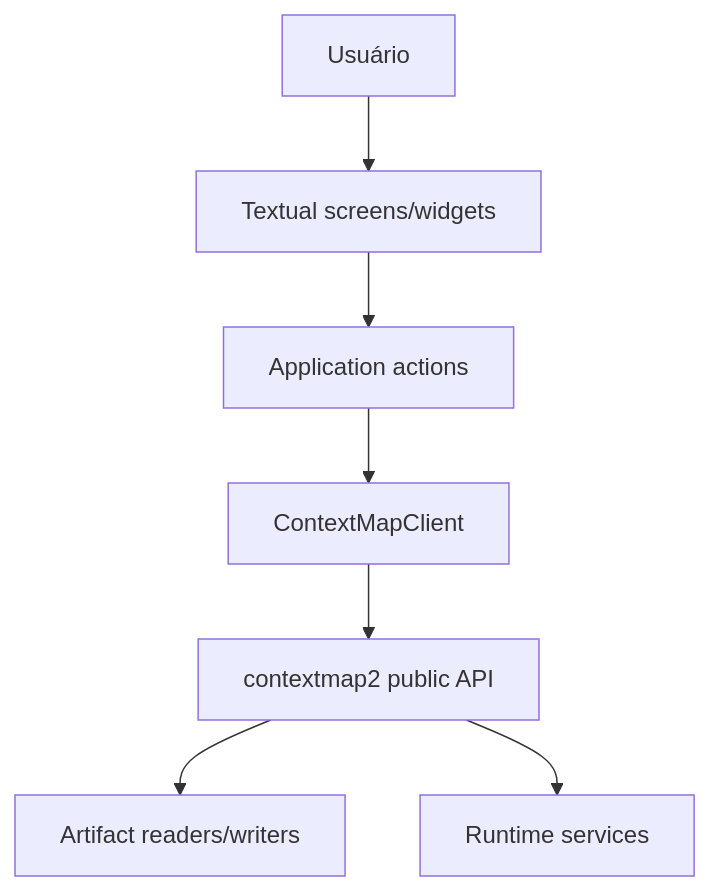
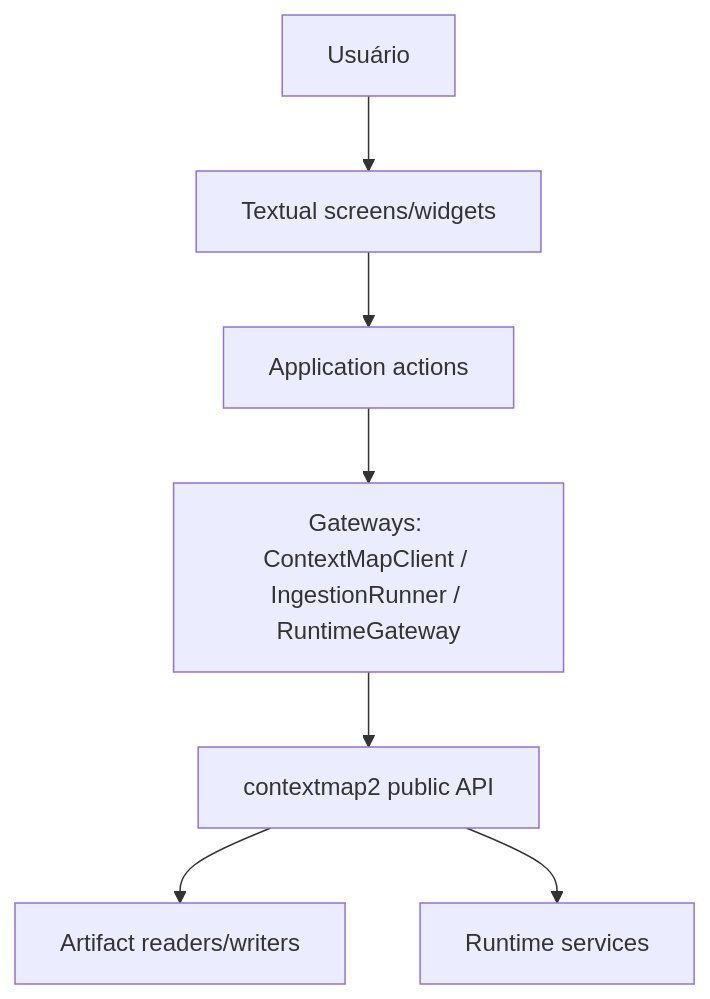
Before and after one commit to Alexandre-Tortoza/contextmap2-tui: the diagram in docs/architecture.md, drawn with Mermaid. The commit also changed other lines of this file and 3 other files, not shown here.

First line of the commit message:
docs: refresh roadmap and architecture for the public ContextMap2 runtime

````diff
--- a/docs/architecture.md
+++ b/docs/architecture.md
@@ -7,9 +7,9 @@
 ```mermaid
 flowchart TD
     USER[Usuário] --> TUI[Textual screens/widgets]
     TUI --> APP[Application actions]
-    APP --> GW[ContextMapClient]
+    APP --> GW[Gateways: ContextMapClient / IngestionRunner / RuntimeGateway]
     GW --> API[contextmap2 public API]
     API --> ART[Artifact readers/writers]
     API --> RT[Runtime services]
 ```
````
